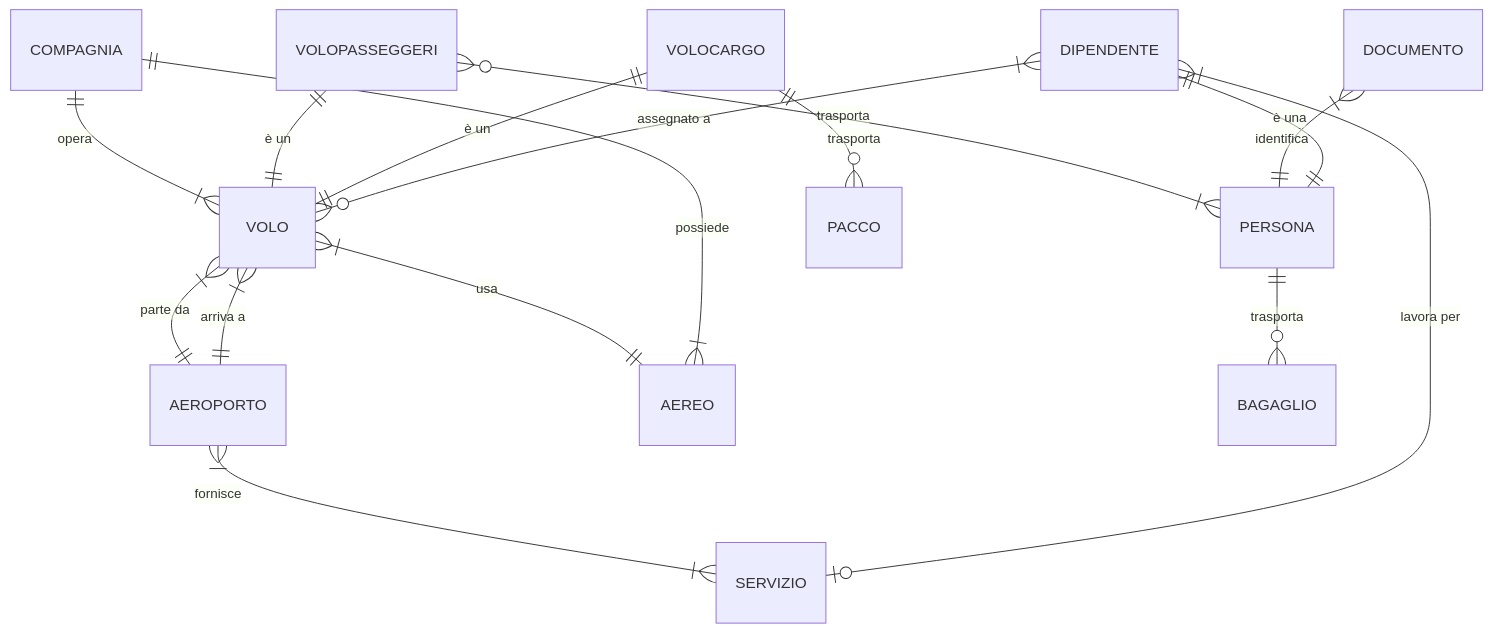
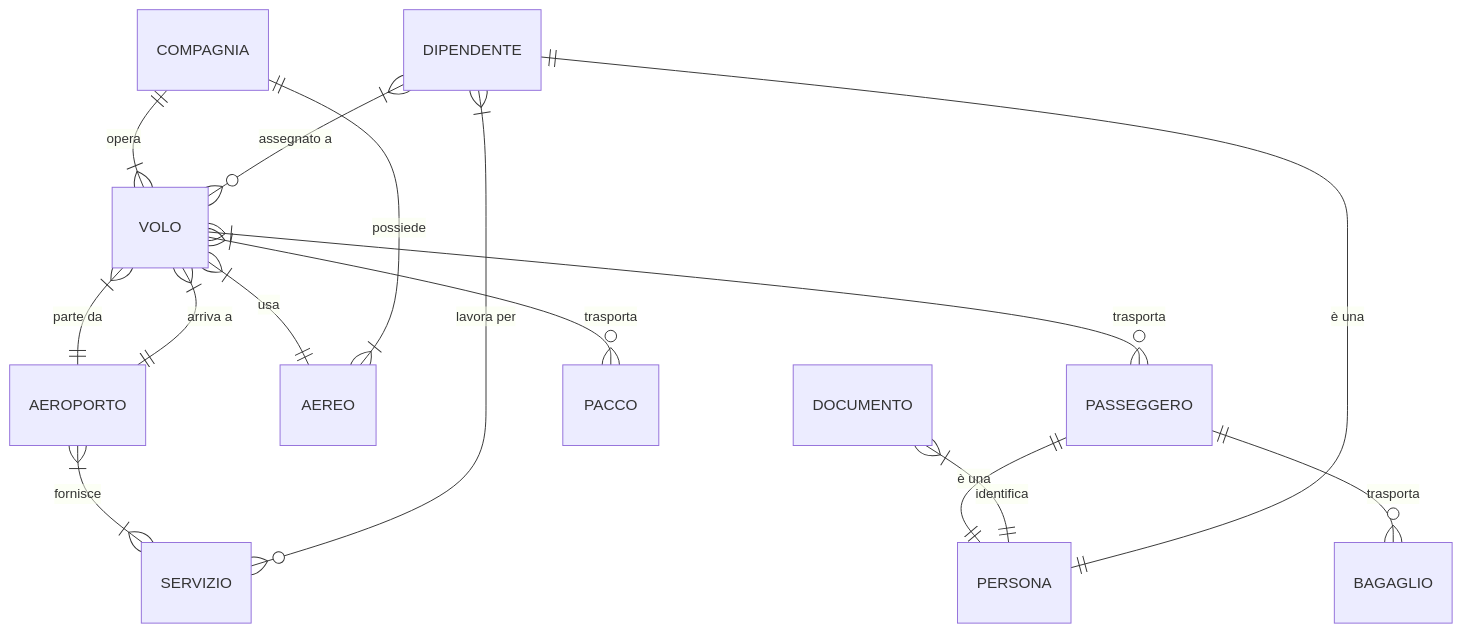
Before and after one commit to Diebbo/aereodb: the fifth of 6 diagrams in RELAZIONE.md, drawn with Mermaid. The commit also changed other lines of this file, not shown here.

Commit message:
Schema ER unione okay

````diff
--- a/RELAZIONE.md
+++ b/RELAZIONE.md
@@ -370,25 +370,22 @@
 ```mermaid
 erDiagram
     AEROPORTO }|--|{ SERVIZIO: "fornisce"
 
     VOLO }|--|| AEROPORTO: "parte da"
     VOLO }|--|| AEROPORTO: "arriva a"
     VOLO }|--|| AEREO: "usa"
+    VOLO }|--o{ PASSEGGERO: "trasporta"
+    VOLO }|--o{ PACCO: "trasporta"
 
     COMPAGNIA ||--|{ VOLO: "opera"
     COMPAGNIA ||--|{ AEREO: "possiede"
 
-    VOLOPASSEGGERI ||--|| VOLO: "è un"
-    VOLOPASSEGGERI }o--|{ PERSONA: "trasporta"
-
-    PERSONA ||--o{ BAGAGLIO: "trasporta"
-
-    VOLOCARGO ||--|| VOLO: "è un"
-    VOLOCARGO ||--o{ PACCO: "trasporta"
+    PASSEGGERO ||--|| PERSONA: "è una"
+    PASSEGGERO ||--o{ BAGAGLIO: "trasporta"
 
     DOCUMENTO }|--|| PERSONA: "identifica"
 
     DIPENDENTE ||--|| PERSONA: "è una"
     DIPENDENTE }|--o{ VOLO: "assegnato a"
-    DIPENDENTE }|--o| SERVIZIO: "lavora per"
+    DIPENDENTE }|--o{ SERVIZIO: "lavora per"
 ```
````
